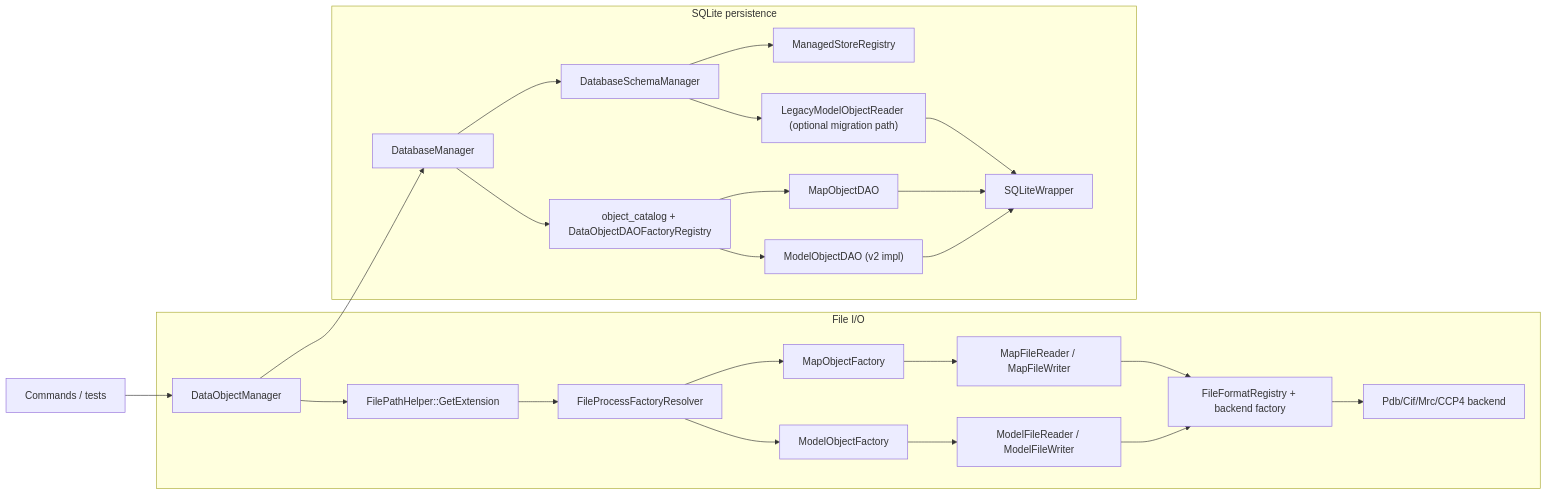
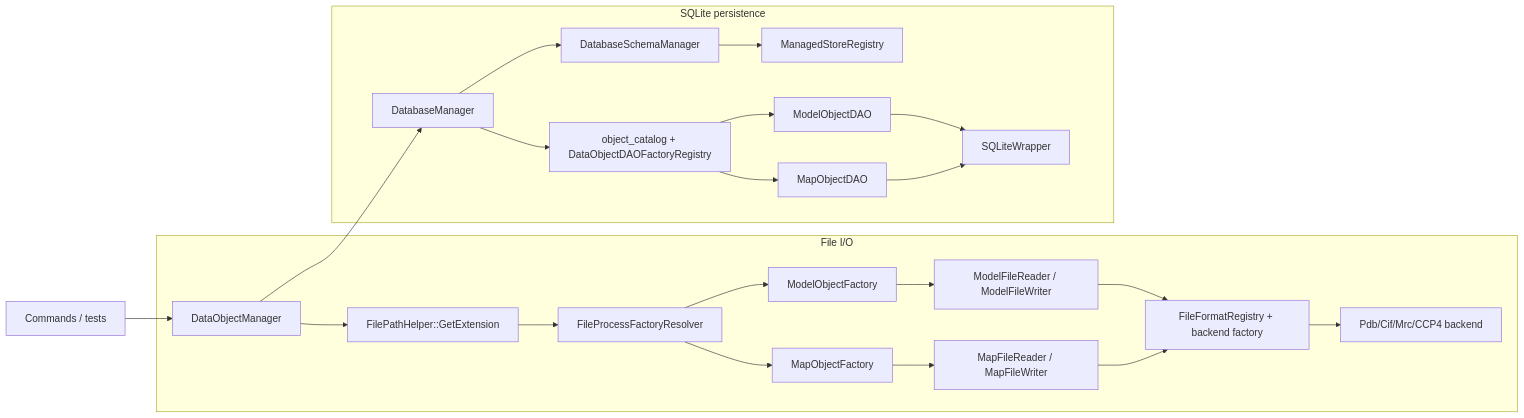
Before and after one commit to yslianTim/rhbm_gem: the diagram in docs/developer/architecture/dataobject-io-architecture.md, drawn with Mermaid. The commit also changed other lines of this file, not shown here.

````diff
--- a/docs/developer/architecture/dataobject-io-architecture.md
+++ b/docs/developer/architecture/dataobject-io-architecture.md
@@ -44,29 +42,27 @@
 ```mermaid
 flowchart LR
     A["Commands / tests"] --> B["DataObjectManager"]
 
     subgraph F["File I/O"]
         B --> C["FilePathHelper::GetExtension"]
         C --> D["FileProcessFactoryResolver"]
         D --> E["ModelObjectFactory"]
         D --> F2["MapObjectFactory"]
         E --> G["ModelFileReader / ModelFileWriter"]
         F2 --> H["MapFileReader / MapFileWriter"]
         G --> I["FileFormatRegistry + backend factory"]
         H --> I
         I --> J["Pdb/Cif/Mrc/CCP4 backend"]
     end
 
     subgraph P["SQLite persistence"]
         B --> L["DatabaseManager"]
         L --> M["DatabaseSchemaManager"]
         M --> M2["ManagedStoreRegistry"]
         L --> N["object_catalog + DataObjectDAOFactoryRegistry"]
-        N --> O["ModelObjectDAO (v2 impl)"]
+        N --> O["ModelObjectDAO"]
         N --> P2["MapObjectDAO"]
-        M --> Q["LegacyModelObjectReader (optional migration path)"]
         O --> R["SQLiteWrapper"]
         P2 --> R
-        Q --> R
     end
 ```
````
